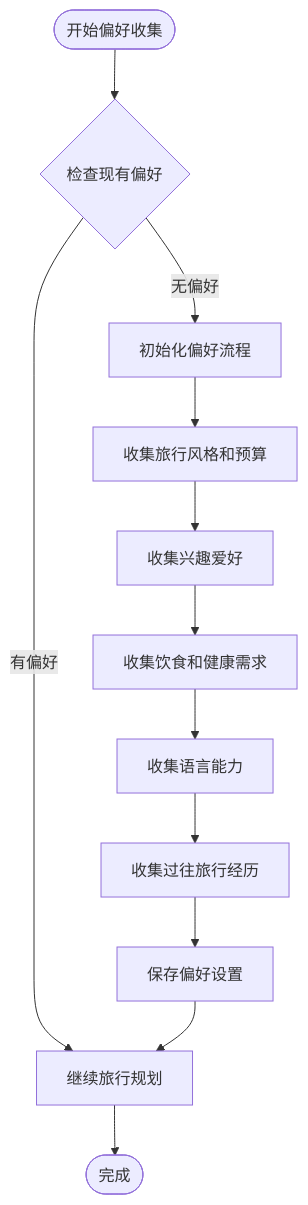
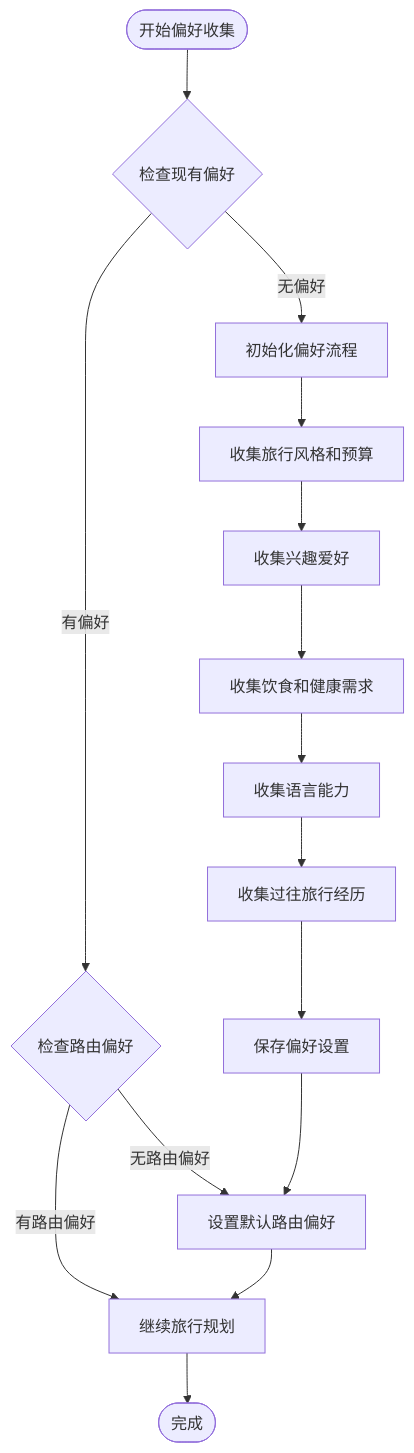
Before and after one commit to verse-ai-org/openclaw: the fifth of 8 diagrams in .qoder/repowiki/zh/content/技能平台/内置技能/旅行规划技能系统.md, drawn with Mermaid. The commit also changed other lines of this file and 16 other files, not shown here.

````diff
--- a/.qoder/repowiki/zh/content/技能平台/内置技能/旅行规划技能系统.md
+++ b/.qoder/repowiki/zh/content/技能平台/内置技能/旅行规划技能系统.md
@@ -365,14 +411,17 @@
 ```mermaid
 flowchart TD
 Start([开始偏好收集]) --> CheckPrefs{检查现有偏好}
 CheckPrefs --> |无偏好| InitFlow[初始化偏好流程]
-CheckPrefs --> |有偏好| Continue[继续旅行规划]
+CheckPrefs --> |有偏好| CheckRoutePref{检查路由偏好}
+CheckRoutePref --> |无路由偏好| SetRoutePref[设置默认路由偏好]
+CheckRoutePref --> |有路由偏好| Continue[继续旅行规划]
 InitFlow --> StyleBudget[收集旅行风格和预算]
 StyleBudget --> Interests[收集兴趣爱好]
 Interests --> DietHealth[收集饮食和健康需求]
 DietHealth --> Language[收集语言能力]
 Language --> Previous[收集过往旅行经历]
 Previous --> SavePrefs[保存偏好设置]
-SavePrefs --> Continue
+SavePrefs --> SetRoutePref
+SetRoutePref --> Continue
 Continue --> End([完成])
 ```
````
